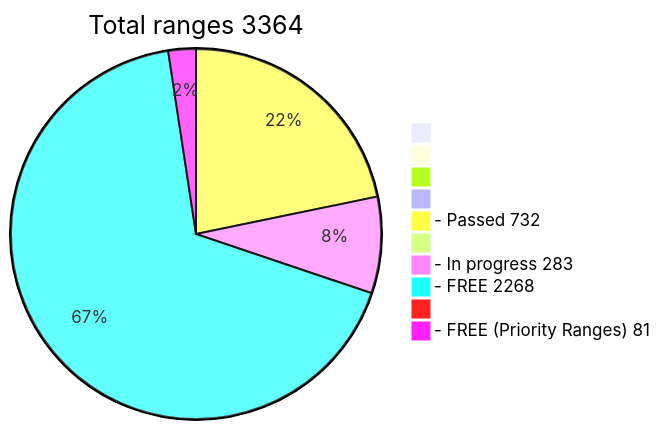
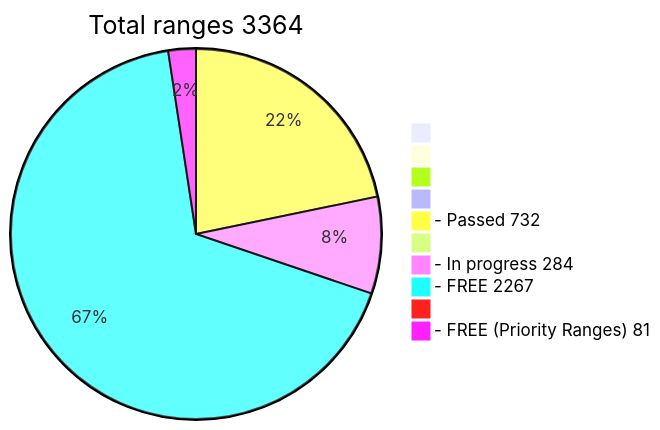
One commit to phrutis/wif500 changed the diagram in README.md. Above: the diagram before and after it, drawn with Mermaid.

````diff
--- a/README.md
+++ b/README.md
@@ -16,13 +16,13 @@
 ```mermaid
 pie title Total ranges 3364
              " " : 0
             "  " : 0
            "   " : 0
           "    " : 0
   "- Passed 732" : 732
          "     " : 0
-  "- In progress 283" : 283
-   "- FREE 2268" : 2268
+  "- In progress 284" : 284
+   "- FREE 2267" : 2267
         "      " : 0
   "- FREE (Priority Ranges) 81" : 81
 ```
````
